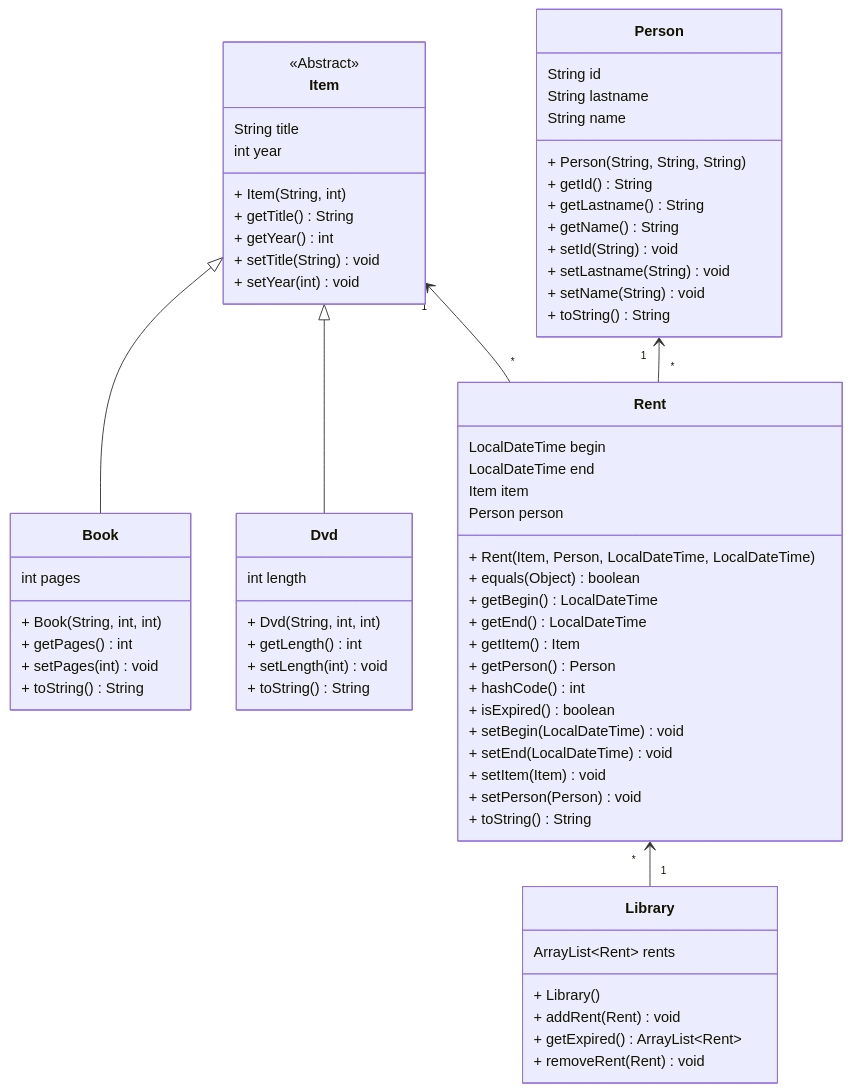
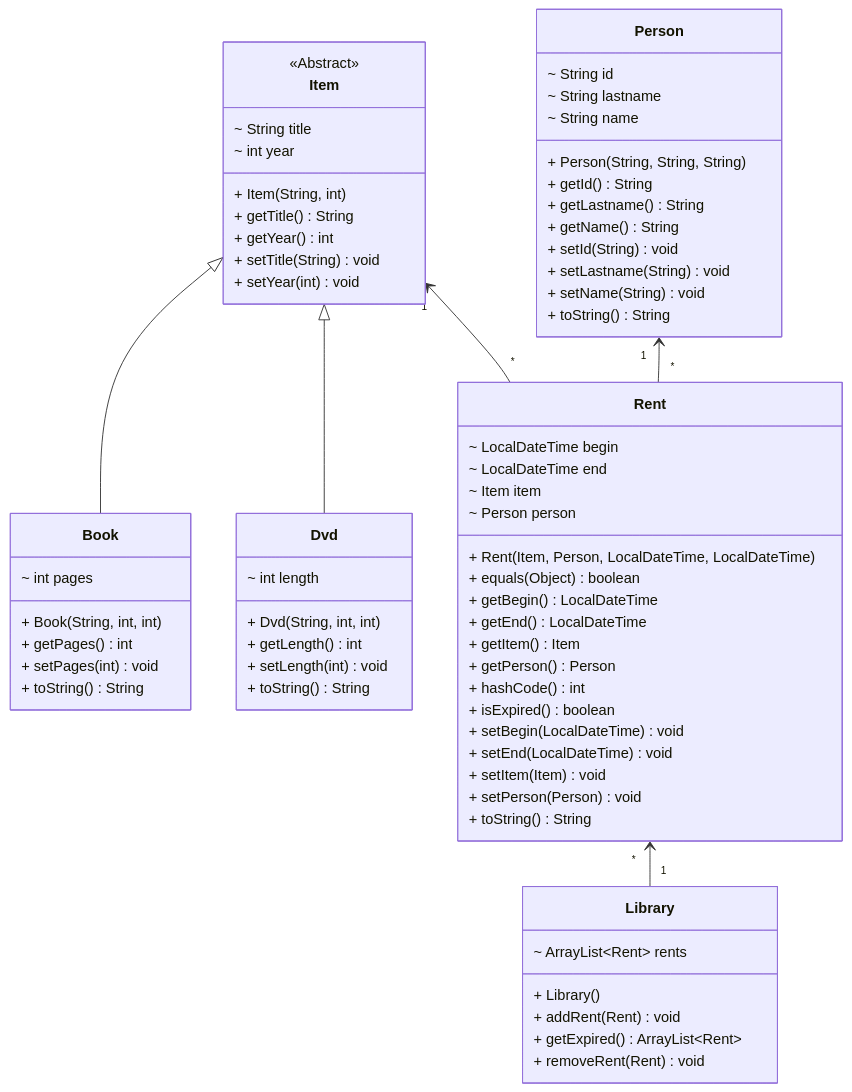
Before and after one commit to nbicocchi/learn-java-core: the sixth of 6 diagrams in src/main/java/com/nbicocchi/exercises/oop/README.md, drawn with Mermaid. The commit also changed other lines of this file and 12 other files, not shown here.

````diff
--- a/src/main/java/com/nbicocchi/exercises/oop/README.md
+++ b/src/main/java/com/nbicocchi/exercises/oop/README.md
@@ -293,73 +418,73 @@
 ```mermaid
 classDiagram
 direction BT
 class Book {
-    int pages
+    ~ int pages
     + Book(String, int, int)
     + getPages() int
     + setPages(int) void
     + toString() String
 }
 class Dvd {
-    int length
+    ~ int length
     + Dvd(String, int, int)
     + getLength() int
     + setLength(int) void
     + toString() String
 }
 class Item {
     <<Abstract>>
-    String title
-    int year
+    ~ String title
+    ~ int year
     + Item(String, int)
     + getTitle() String
     + getYear() int
     + setTitle(String) void
     + setYear(int) void
 }
 class Library {
-    ArrayList~Rent~ rents
+    ~ ArrayList~Rent~ rents
     + Library()
     + addRent(Rent) void
     + getExpired() ArrayList~Rent~
     + removeRent(Rent) void
 }
 class Person {
-    String id
-    String lastname
-    String name
+  ~ String id
+  ~ String lastname
+  ~ String name
   + Person(String, String, String)
   + getId() String
   + getLastname() String
   + getName() String
   + setId(String) void
   + setLastname(String) void
   + setName(String) void
   + toString() String
 }
 class Rent {
-    LocalDateTime begin
-    LocalDateTime end
-    Item item
-    Person person
+    ~ LocalDateTime begin
+    ~ LocalDateTime end
+    ~ Item item
+    ~ Person person
     + Rent(Item, Person, LocalDateTime, LocalDateTime)
     + equals(Object) boolean
     + getBegin() LocalDateTime
     + getEnd() LocalDateTime
     + getItem() Item
     + getPerson() Person
     + hashCode() int
     + isExpired() boolean
     + setBegin(LocalDateTime) void
     + setEnd(LocalDateTime) void
     + setItem(Item) void
     + setPerson(Person) void
     + toString() String
 }
 
 Book  --|>  Item
 Dvd  --|>  Item
 Rent "*" --> "1" Person
 Rent "*" --> "1" Item
 Library "1" --> "*" Rent
 ```
````
